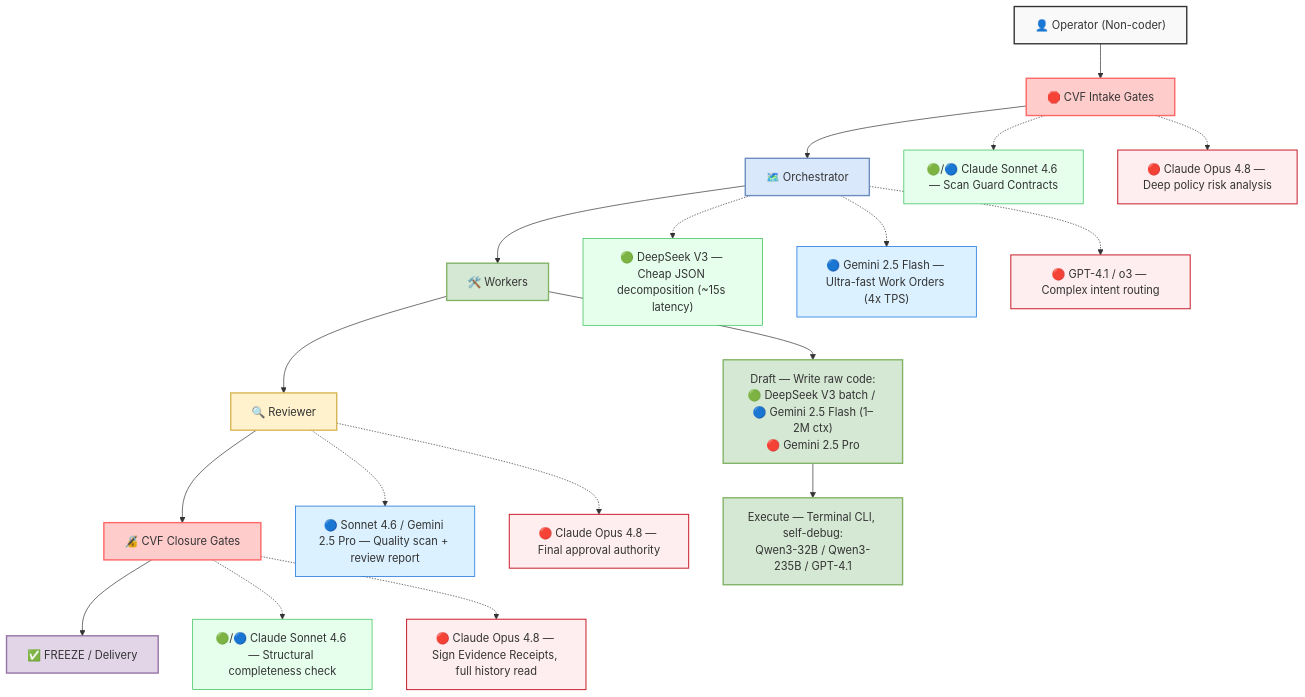
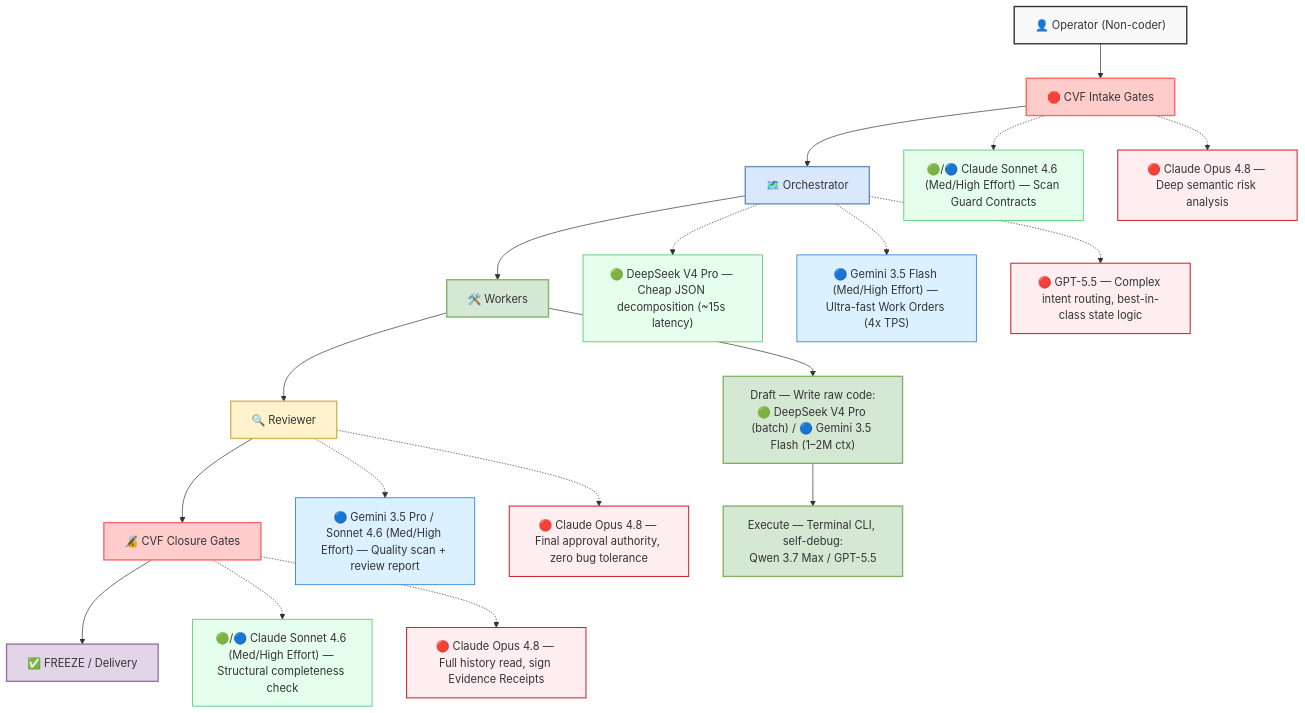
The first of 2 diagrams in README.md (Blackbird081/Controlled-Vibe-Framework-CVF), drawn with Mermaid before and after one commit. The commit also changed other lines of this file and 1 other file, not shown here.

````diff
--- a/README.md
+++ b/README.md
@@ -254,39 +254,39 @@
 ```mermaid
 graph TD
     classDef operator fill:#f9f9f9,stroke:#333,stroke-width:2px
     classDef gate fill:#ffcccc,stroke:#f66,stroke-width:2px
     classDef orch fill:#dae8fc,stroke:#6c8ebf,stroke-width:2px
     classDef worker fill:#d5e8d4,stroke:#82b366,stroke-width:2px
     classDef review fill:#fff2cc,stroke:#d6b656,stroke-width:2px
     classDef freeze fill:#e1d5e7,stroke:#9673a6,stroke-width:2px
     classDef optEco fill:#e6ffed,stroke:#2cbe4e,stroke-width:1px
     classDef optBal fill:#dbf1ff,stroke:#0366d6,stroke-width:1px
     classDef optPrem fill:#ffeef0,stroke:#cb2431,stroke-width:1.5px
 
     Op["👤 Operator (Non-coder)"]:::operator
     IG["🛑 CVF Intake Gates"]:::gate
     Orch["🗺️ Orchestrator"]:::orch
     Wk["🛠️ Workers"]:::worker
     Rev["🔍 Reviewer"]:::review
     CG["🔏 CVF Closure Gates"]:::gate
     Fr["✅ FREEZE / Delivery"]:::freeze
 
-    AgIG_EB["🟢/🔵 Claude Sonnet 4.6 — Scan Guard Contracts"]:::optEco
-    AgIG_O["🔴 Claude Opus 4.8 — Deep policy risk analysis"]:::optPrem
-    AgOrch_E["🟢 DeepSeek V3 — Cheap JSON decomposition (~15s latency)"]:::optEco
-    AgOrch_B["🔵 Gemini 2.5 Flash — Ultra-fast Work Orders (4x TPS)"]:::optBal
-    AgOrch_O["🔴 GPT-4.1 / o3 — Complex intent routing"]:::optPrem
-    AgWkD["Draft — Write raw code:<br/>🟢 DeepSeek V3 batch / 🔵 Gemini 2.5 Flash (1–2M ctx)<br/>🔴 Gemini 2.5 Pro"]:::worker
-    AgWkR["Execute — Terminal CLI, self-debug:<br/>Qwen3-32B / Qwen3-235B / GPT-4.1"]:::worker
-    AgRev_B["🔵 Sonnet 4.6 / Gemini 2.5 Pro — Quality scan + review report"]:::optBal
-    AgRev_O["🔴 Claude Opus 4.8 — Final approval authority"]:::optPrem
-    AgCG_EB["🟢/🔵 Claude Sonnet 4.6 — Structural completeness check"]:::optEco
-    AgCG_O["🔴 Claude Opus 4.8 — Sign Evidence Receipts, full history read"]:::optPrem
+    AgIG_EB["🟢/🔵 Claude Sonnet 4.6 (Med/High Effort) — Scan Guard Contracts"]:::optEco
+    AgIG_O["🔴 Claude Opus 4.8 — Deep semantic risk analysis"]:::optPrem
+    AgOrch_E["🟢 DeepSeek V4 Pro — Cheap JSON decomposition (~15s latency)"]:::optEco
+    AgOrch_B["🔵 Gemini 3.5 Flash (Med/High Effort) — Ultra-fast Work Orders (4x TPS)"]:::optBal
+    AgOrch_O["🔴 GPT-5.5 — Complex intent routing, best-in-class state logic"]:::optPrem
+    AgWkD["Draft — Write raw code:<br/>🟢 DeepSeek V4 Pro (batch) / 🔵 Gemini 3.5 Flash (1–2M ctx)"]:::worker
+    AgWkR["Execute — Terminal CLI, self-debug:<br/>Qwen 3.7 Max / GPT-5.5"]:::worker
+    AgRev_B["🔵 Gemini 3.5 Pro / Sonnet 4.6 (Med/High Effort) — Quality scan + review report"]:::optBal
+    AgRev_O["🔴 Claude Opus 4.8 — Final approval authority, zero bug tolerance"]:::optPrem
+    AgCG_EB["🟢/🔵 Claude Sonnet 4.6 (Med/High Effort) — Structural completeness check"]:::optEco
+    AgCG_O["🔴 Claude Opus 4.8 — Full history read, sign Evidence Receipts"]:::optPrem
 
     Op --> IG --> Orch --> Wk --> Rev --> CG --> Fr
     Wk --> AgWkD --> AgWkR
     IG -.-> AgIG_EB & AgIG_O
     Orch -.-> AgOrch_E & AgOrch_B & AgOrch_O
     Rev -.-> AgRev_B & AgRev_O
     CG -.-> AgCG_EB & AgCG_O
 ```
````
